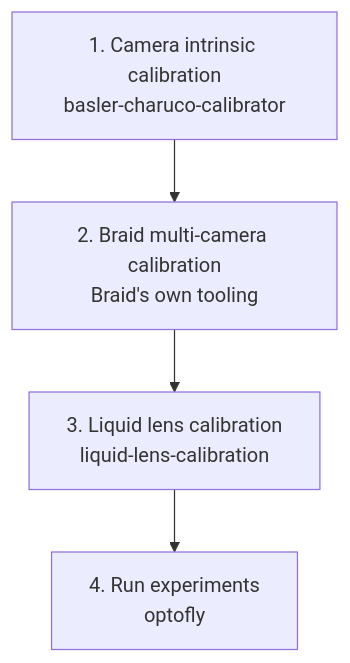
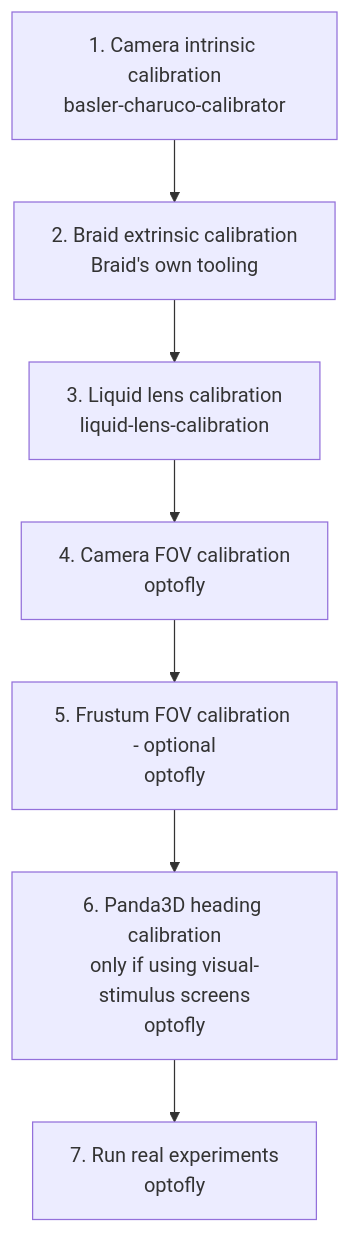
The diagram in docs/workflow.md (mpinb/optofly-docs), drawn with Mermaid before and after one commit. The commit also changed other lines of this file, not shown here.

First line of the commit message:
Expand workflow.md to show all six calibration steps, not four

````diff
--- a/docs/workflow.md
+++ b/docs/workflow.md
@@ -7,6 +13,9 @@
 ```mermaid
 flowchart TD
-    S1[1. Camera intrinsic calibration<br/>basler-charuco-calibrator] --> S2[2. Braid multi-camera calibration<br/>Braid's own tooling]
-    S2 --> S3[3. Liquid lens calibration<br/>liquid-lens-calibration]
-    S3 --> S4[4. Run experiments<br/>optofly]
+    S1["1. Camera intrinsic calibration<br/>basler-charuco-calibrator"] --> S2["2. Braid extrinsic calibration<br/>Braid's own tooling"]
+    S2 --> S3["3. Liquid lens calibration<br/>liquid-lens-calibration"]
+    S3 --> S4["4. Camera FOV calibration<br/>optofly"]
+    S4 --> S5["5. Frustum FOV calibration - optional<br/>optofly"]
+    S5 --> S6["6. Panda3D heading calibration<br/>only if using visual-stimulus screens<br/>optofly"]
+    S6 --> S7["7. Run real experiments<br/>optofly"]
 ```
````
